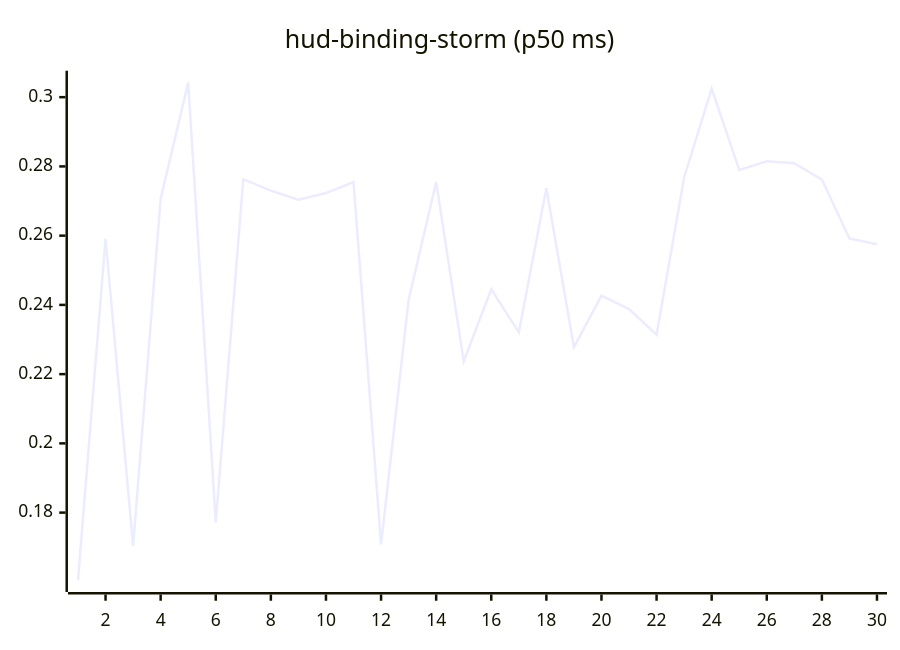
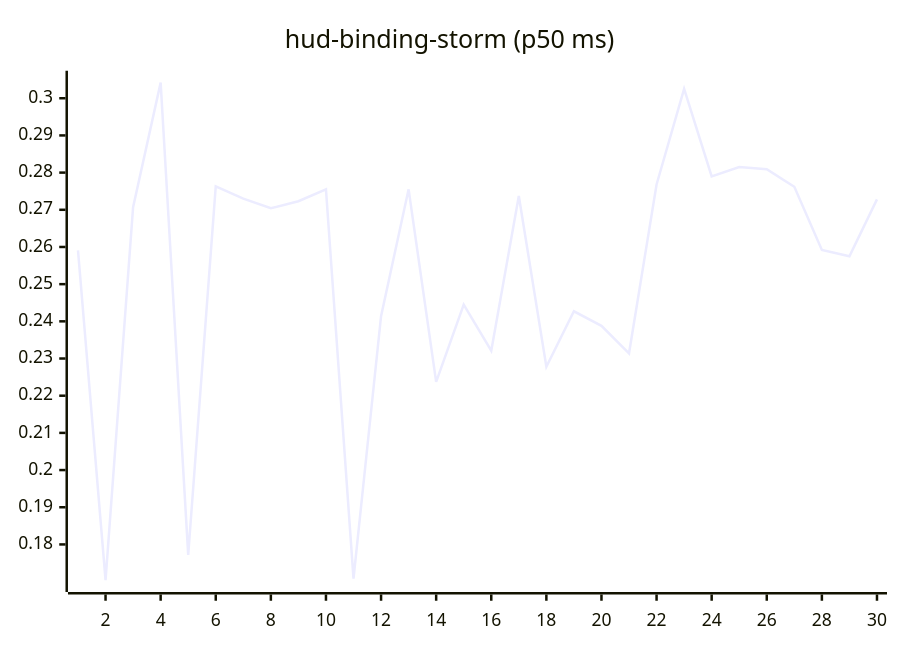
The tenth of 27 diagrams in README.md (josha/Facet), drawn with Mermaid before and after one commit. The commit also changed other lines of this file and 2 other files, not shown here.

````diff
--- a/README.md
+++ b/README.md
@@ -126,6 +126,6 @@
 ```mermaid
 xychart-beta
     title "hud-binding-storm (p50 ms)"
     x-axis 1 --> 30
-    line [0.1605, 0.2591, 0.1704, 0.2707, 0.3042, 0.1772, 0.2763, 0.2730, 0.2704, 0.2723, 0.2755, 0.1708, 0.2414, 0.2755, 0.2237, 0.2445, 0.2321, 0.2737, 0.2278, 0.2427, 0.2388, 0.2314, 0.2768, 0.3025, 0.2790, 0.2815, 0.2809, 0.2762, 0.2592, 0.2575]
+    line [0.2591, 0.1704, 0.2707, 0.3042, 0.1772, 0.2763, 0.2730, 0.2704, 0.2723, 0.2755, 0.1708, 0.2414, 0.2755, 0.2237, 0.2445, 0.2321, 0.2737, 0.2278, 0.2427, 0.2388, 0.2314, 0.2768, 0.3025, 0.2790, 0.2815, 0.2809, 0.2762, 0.2592, 0.2575, 0.2728]
 ```
````
